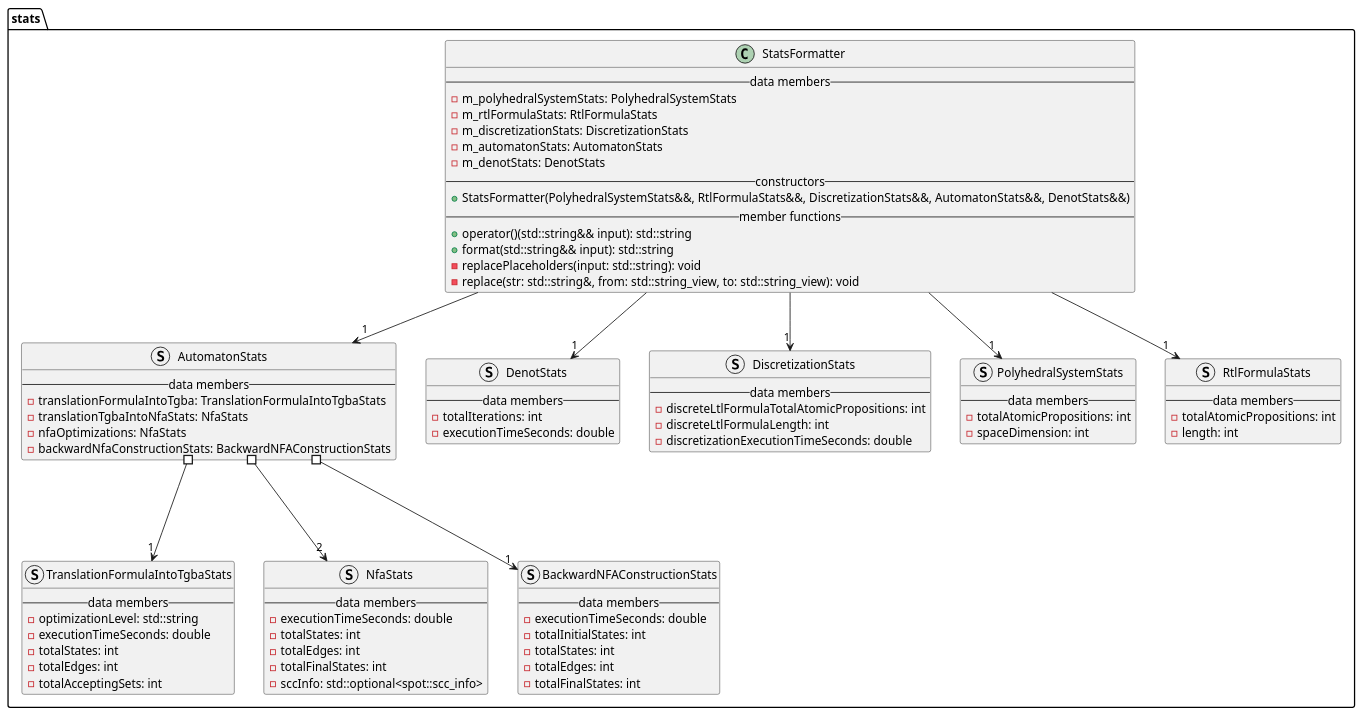
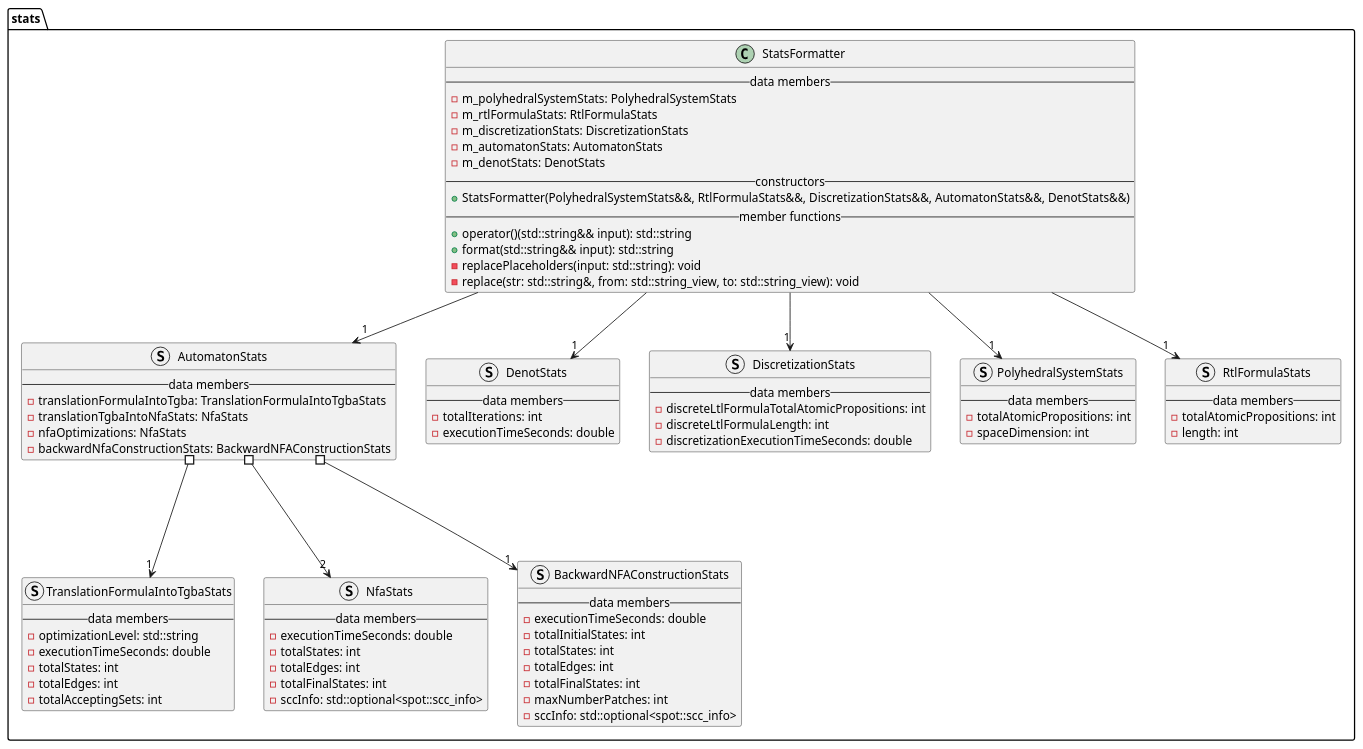
Before and after one commit to vtramo/rtl-mc: the diagram in docs/plantuml/stats.puml, drawn with PlantUML. The commit also changed 6 other files, not shown here.

Commit message:
feat: add max number of patches (m) BackwardNFA stats

```diff
--- a/docs/plantuml/stats.puml
+++ b/docs/plantuml/stats.puml
@@ -1,90 +1,92 @@
 @startuml
 
 package stats {
     struct AutomatonStats {
         --data members--
         -translationFormulaIntoTgba: TranslationFormulaIntoTgbaStats
         -translationTgbaIntoNfaStats: NfaStats
         -nfaOptimizations: NfaStats
         -backwardNfaConstructionStats: BackwardNFAConstructionStats
     }
 
     struct TranslationFormulaIntoTgbaStats {
         --data members--
         -optimizationLevel: std::string
         -executionTimeSeconds: double
         -totalStates: int
         -totalEdges: int
         -totalAcceptingSets: int
     }
 
     struct NfaStats {
         --data members--
         -executionTimeSeconds: double
         -totalStates: int
         -totalEdges: int
         -totalFinalStates: int
         -sccInfo: std::optional<spot::scc_info>
     }
 
     struct BackwardNFAConstructionStats {
         --data members--
         -executionTimeSeconds: double
         -totalInitialStates: int
         -totalStates: int
         -totalEdges: int
         -totalFinalStates: int
+        -maxNumberPatches: int
+        -sccInfo: std::optional<spot::scc_info>
     }
 
     struct DenotStats {
         --data members--
         -totalIterations: int
         -executionTimeSeconds: double
     }
 
     struct DiscretizationStats {
         --data members--
         -discreteLtlFormulaTotalAtomicPropositions: int
         -discreteLtlFormulaLength: int
         -discretizationExecutionTimeSeconds: double
     }
 
     struct PolyhedralSystemStats {
         --data members--
         -totalAtomicPropositions: int
         -spaceDimension: int
     }
 
     struct RtlFormulaStats {
         --data members--
         -totalAtomicPropositions: int
         -length: int
     }
 
     class StatsFormatter {
         --data members--
         -m_polyhedralSystemStats: PolyhedralSystemStats
         -m_rtlFormulaStats: RtlFormulaStats
         -m_discretizationStats: DiscretizationStats
         -m_automatonStats: AutomatonStats
         -m_denotStats: DenotStats
         --constructors--
         +StatsFormatter(PolyhedralSystemStats&&, RtlFormulaStats&&, DiscretizationStats&&, AutomatonStats&&, DenotStats&&)
         --member functions--
         +operator()(std::string&& input): std::string
         +format(std::string&& input): std::string
         -replacePlaceholders(input: std::string): void
         -replace(str: std::string&, from: std::string_view, to: std::string_view): void
     }
 
     StatsFormatter --> "1" PolyhedralSystemStats
     StatsFormatter --> "1" RtlFormulaStats
     StatsFormatter --> "1" DiscretizationStats
     StatsFormatter --> "1" AutomatonStats
     StatsFormatter --> "1" DenotStats
     AutomatonStats #---> "1" TranslationFormulaIntoTgbaStats
     AutomatonStats #---> "1" BackwardNFAConstructionStats
     AutomatonStats #---> "2" NfaStats
 }
 
 @enduml
```
